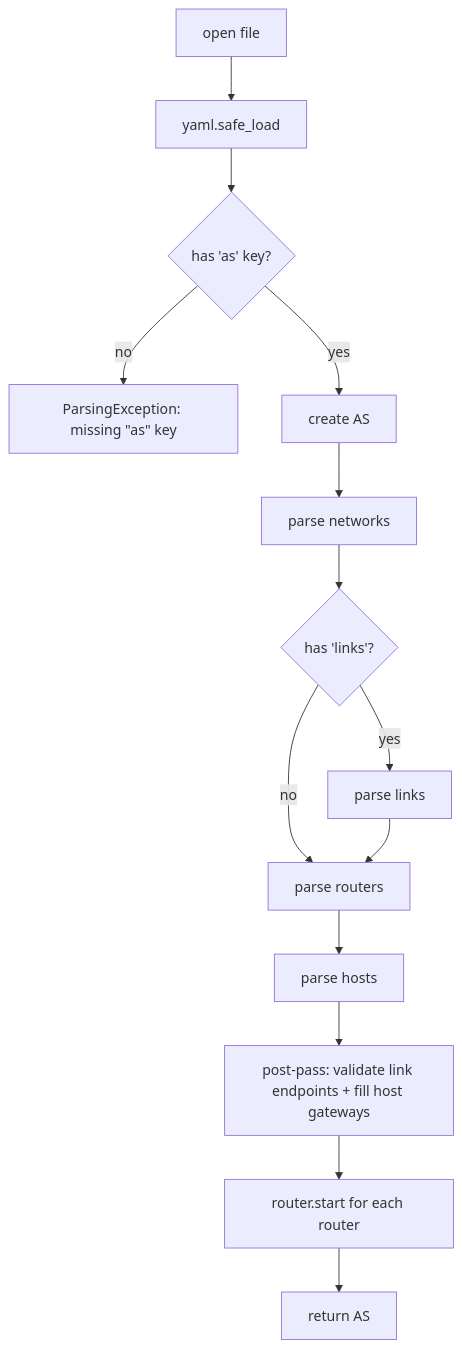
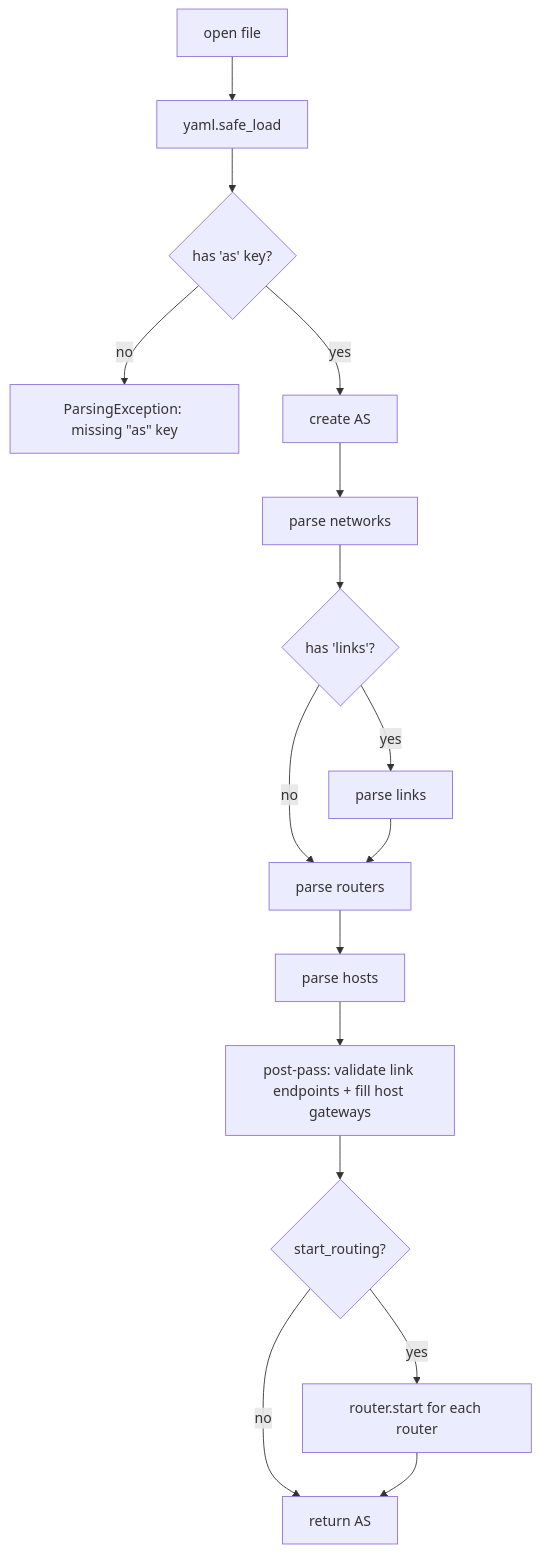
One commit to lukius/loom changed the diagram in docs/architecture/parser.md. Above: the diagram before and after it, drawn with Mermaid. The commit also changed other lines of this file and 5 other files, not shown here.

Commit message:
fix(server): defer router protocol startup until /sim/start

````diff
--- a/docs/architecture/parser.md
+++ b/docs/architecture/parser.md
@@ -48,16 +48,18 @@
 ```mermaid
 flowchart TD
   A[open file] --> B[yaml.safe_load]
   B --> C{has 'as' key?}
   C -- no --> X[ParsingException: missing &quot;as&quot; key]
   C -- yes --> D[create AS]
   D --> E[parse networks]
   E --> F{has 'links'?}
   F -- yes --> G[parse links]
   F -- no --> H
   G --> H[parse routers]
   H --> I[parse hosts]
   I --> J[post-pass: validate link endpoints + fill host gateways]
-  J --> K[router.start for each router]
-  K --> L[return AS]
+  J --> K{start_routing?}
+  K -- yes --> M[router.start for each router]
+  K -- no --> L
+  M --> L[return AS]
 ```
````
